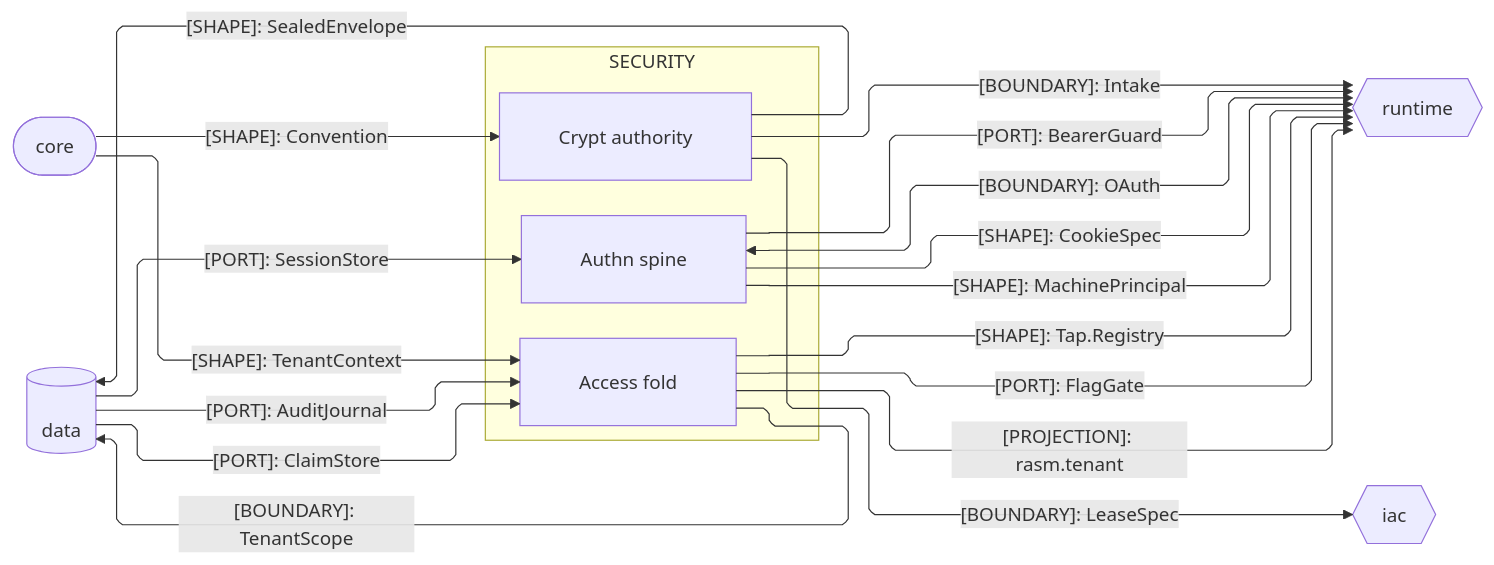
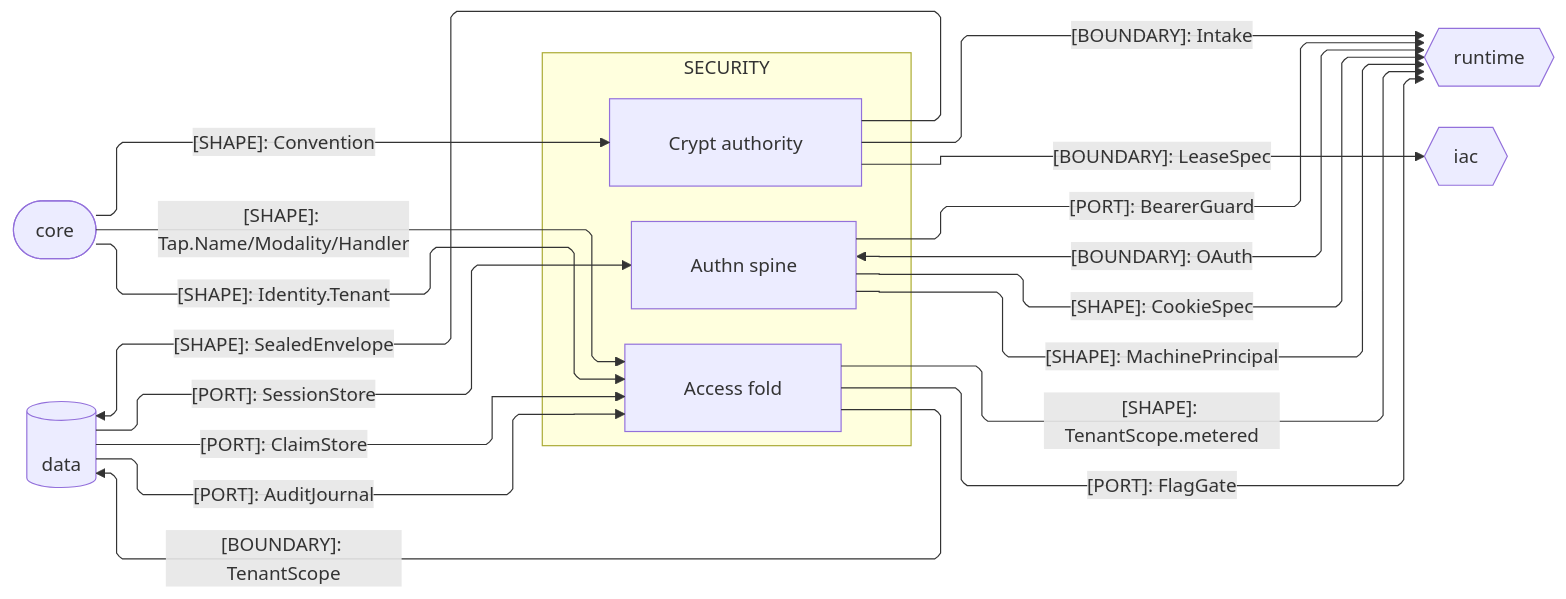
The second of 3 diagrams in libs/typescript/security/ARCHITECTURE.md (bsamiee/Rasm), drawn with Mermaid before and after one commit. The commit also changed other lines of this file and 400 other files, not shown here.

````diff
--- a/libs/typescript/security/ARCHITECTURE.md
+++ b/libs/typescript/security/ARCHITECTURE.md
@@ -82,37 +82,37 @@
 ```mermaid
 ---
 config:
   layout: elk
   flowchart:
     curve: linear
     padding: 25
 ---
 flowchart LR
     accTitle: Security package seam registry
     accDescr: Security owners exchanging identity, custody, tenancy, and telemetry contracts with the core, data, runtime, and iac peers.
     subgraph security[SECURITY]
         Crypt[Crypt authority]
         Authn[Authn spine]
         Access[Access fold]
     end
     Core([core])
     Data[(data)]
     Runtime{{runtime}}
     Iac{{iac}}
-    Core e1@-->|"[SHAPE]: TenantContext"| Access
+    Core e1@-->|"[SHAPE]: Identity.Tenant"| Access
     Data e2@-->|"[PORT]: ClaimStore"| Access
     Access e3@-->|"[BOUNDARY]: TenantScope"| Data
     Data e4@-->|"[PORT]: SessionStore"| Authn
     Authn e5@-->|"[PORT]: BearerGuard"| Runtime
     Authn e6@<-->|"[BOUNDARY]: OAuth"| Runtime
     Authn e7@-->|"[SHAPE]: CookieSpec"| Runtime
     Authn e16@-->|"[SHAPE]: MachinePrincipal"| Runtime
     Crypt e8@-->|"[SHAPE]: SealedEnvelope"| Data
     Crypt e9@-->|"[BOUNDARY]: Intake"| Runtime
     Crypt e10@-->|"[BOUNDARY]: LeaseSpec"| Iac
     Access e11@-->|"[PORT]: FlagGate"| Runtime
     Core e12@-->|"[SHAPE]: Convention"| Crypt
-    Access e13@-->|"[PROJECTION]: rasm.tenant"| Runtime
+    Access e13@-->|"[SHAPE]: TenantScope.metered"| Runtime
     Data e14@-->|"[PORT]: AuditJournal"| Access
-    Access e15@-->|"[SHAPE]: Tap.Registry"| Runtime
+    Core e15@-->|"[SHAPE]: Tap.Name/Modality/Handler"| Access
 ```
````
